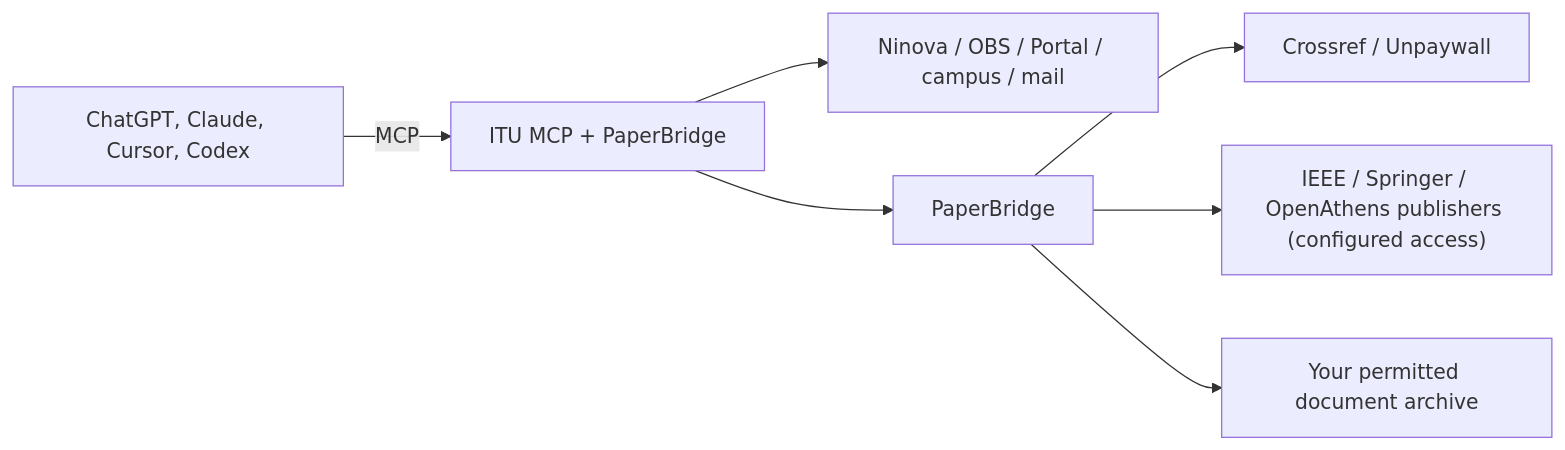
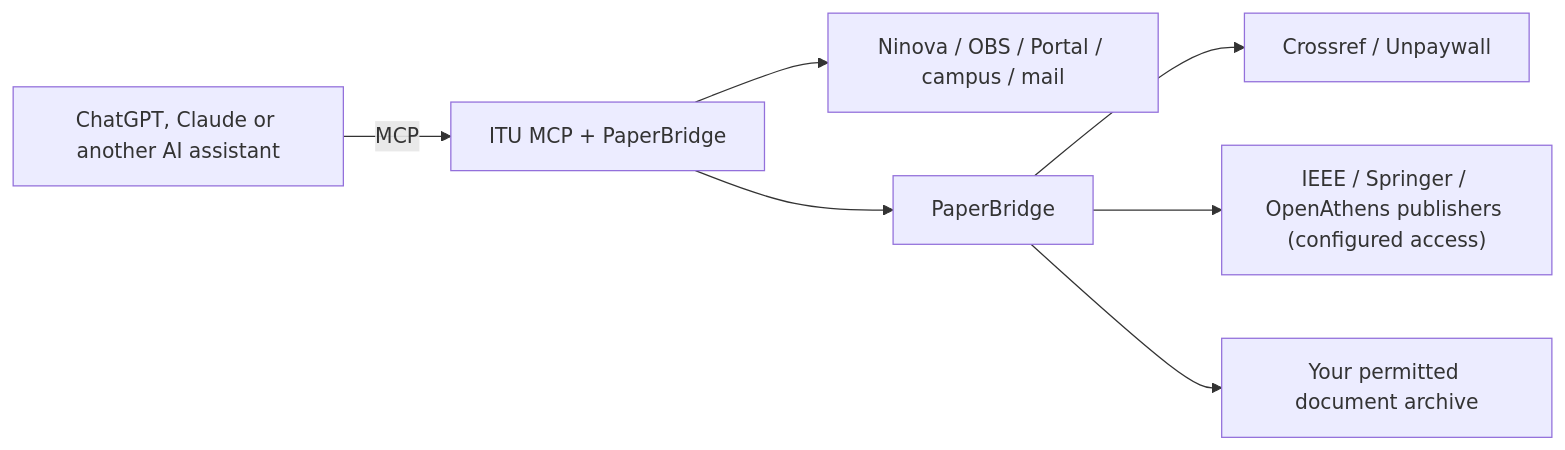
The diagram in README.md (tzi4/itu-mcp), drawn with Mermaid before and after one commit. The commit also changed other lines of this file and 2 other files, not shown here.

First line of the commit message:
Explain how ChatGPT and Claude connect, with a guide for phone and web use

````diff
--- a/README.md
+++ b/README.md
@@ -266,9 +276,9 @@
 ```mermaid
 graph LR
-    client["ChatGPT, Claude, Cursor, Codex"] -->|"MCP"| server["ITU MCP + PaperBridge"]
+    client["ChatGPT, Claude or another AI assistant"] -->|"MCP"| server["ITU MCP + PaperBridge"]
     server --> itu["Ninova / OBS / Portal / campus / mail"]
     server --> pb["PaperBridge"]
     pb --> metadata["Crossref / Unpaywall"]
     pb --> publishers["IEEE / Springer / OpenAthens publishers (configured access)"]
     pb --> archive["Your permitted document archive"]
 ```
````
